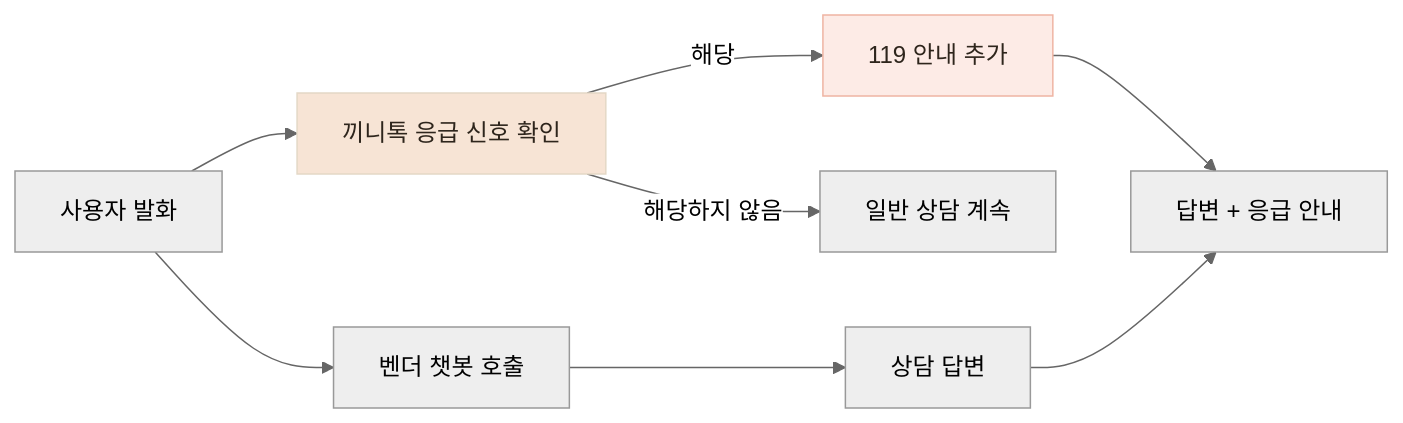
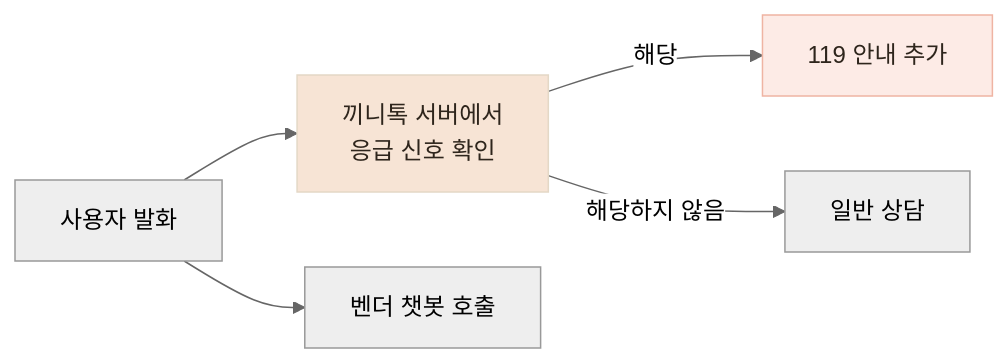
The diagram in public/mds/kkinitalk/verify-3-emergency.md (Jinacker/PortFolio), drawn with Mermaid (neutral theme) before and after one commit. The commit also changed other lines of this file and 9 other files, not shown here.

````diff
--- a/public/mds/kkinitalk/verify-3-emergency.md
+++ b/public/mds/kkinitalk/verify-3-emergency.md
@@ -22,13 +30,10 @@
 ```mermaid
 flowchart LR
-    INPUT["사용자 발화"] --> DETECT["끼니톡 응급 신호 확인"]
-    DETECT -->|"해당"| NOTICE["119 안내 추가"]
-    DETECT -->|"해당하지 않음"| NORMAL["일반 상담 계속"]
+    INPUT["사용자 발화"] --> CHECK["끼니톡 서버에서<br/>응급 신호 확인"]
+    CHECK -->|"해당"| NOTICE["119 안내 추가"]
+    CHECK -->|"해당하지 않음"| NORMAL["일반 상담"]
     INPUT --> VENDOR["벤더 챗봇 호출"]
-    VENDOR --> REPLY["상담 답변"]
-    NOTICE --> OUT["답변 + 응급 안내"]
-    REPLY --> OUT
 
-    style DETECT fill:#F7E4D5,stroke:#E4D8C6,color:#2E251C
+    style CHECK fill:#F7E4D5,stroke:#E4D8C6,color:#2E251C
     style NOTICE fill:#FDEBE6,stroke:#EFB4A3,color:#2E251C
 ```
````
